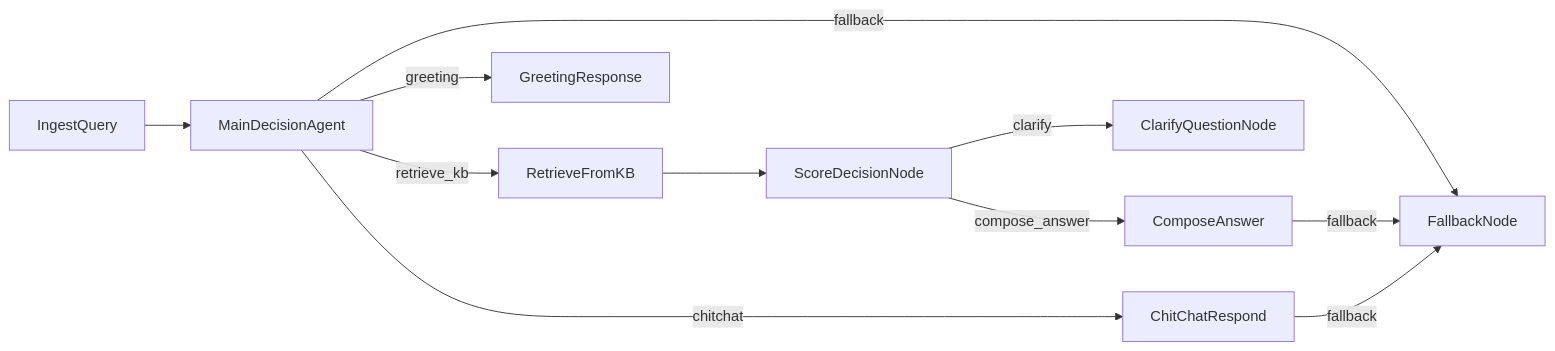
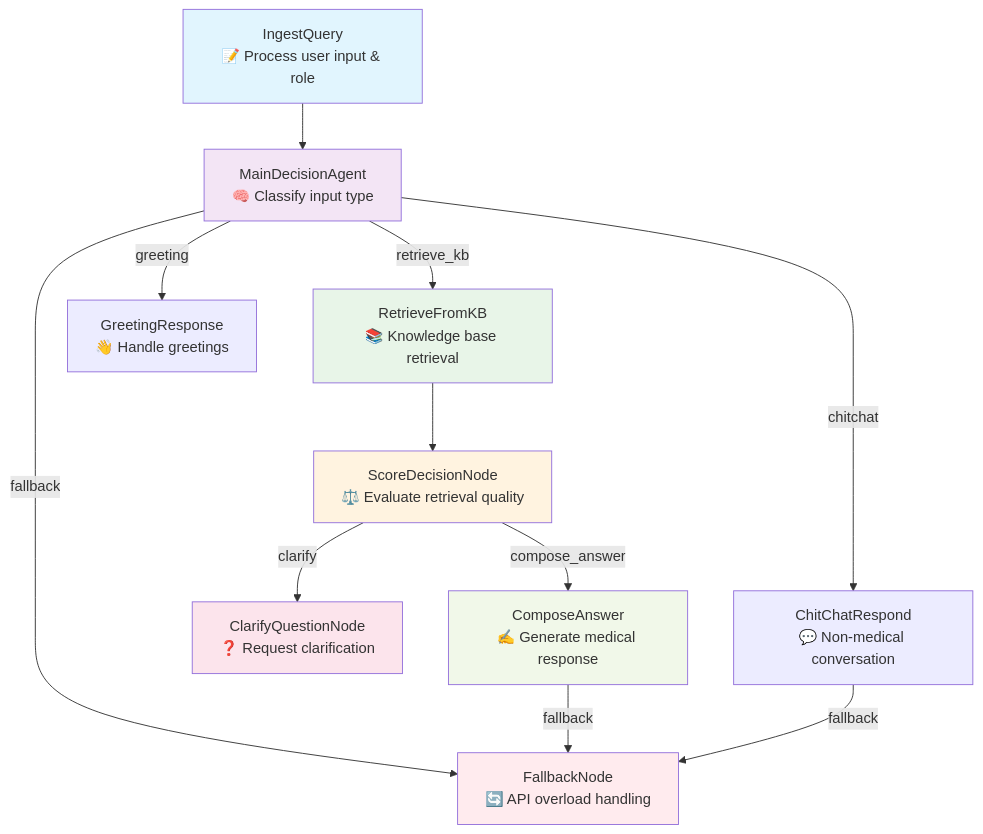
The fourth of 5 diagrams in docs/system-flow.md (NguyenNhat4/chatbot-rhm-api), drawn with Mermaid before and after one commit. The commit also changed other lines of this file and 1 other file, not shown here.

````diff
--- a/docs/system-flow.md
+++ b/docs/system-flow.md
@@ -85,23 +89,31 @@
 ```mermaid
-flowchart LR
-    Ingest[IngestQuery]
-    Main[MainDecisionAgent]
-    Retrieve[RetrieveFromKB]
-    Score[ScoreDecisionNode]
-    Compose[ComposeAnswer]
-    Clarify[ClarifyQuestionNode]
-    Greeting[GreetingResponse]
-    ChitChat[ChitChatRespond]
-    Fallback[FallbackNode]
+flowchart TD
+    Ingest[IngestQuery<br/>📝 Process user input & role]
+    Main[MainDecisionAgent<br/>🧠 Classify input type]
+    Retrieve[RetrieveFromKB<br/>📚 Knowledge base retrieval]
+    Score[ScoreDecisionNode<br/>⚖️ Evaluate retrieval quality]
+    Compose[ComposeAnswer<br/>✍️ Generate medical response]
+    Clarify[ClarifyQuestionNode<br/>❓ Request clarification]
+    Greeting[GreetingResponse<br/>👋 Handle greetings]
+    ChitChat[ChitChatRespond<br/>💬 Non-medical conversation]
+    Fallback[FallbackNode<br/>🔄 API overload handling]
 
     Ingest --> Main
     Main -- "retrieve_kb" --> Retrieve
     Main -- "greeting" --> Greeting
     Main -- "chitchat" --> ChitChat
     Main -- "fallback" --> Fallback
     Retrieve --> Score
     Score -- "compose_answer" --> Compose
     Score -- "clarify" --> Clarify
     Compose -- "fallback" --> Fallback
     ChitChat -- "fallback" --> Fallback
+
+    style Ingest fill:#e1f5fe
+    style Main fill:#f3e5f5
+    style Retrieve fill:#e8f5e8
+    style Score fill:#fff3e0
+    style Compose fill:#f1f8e9
+    style Clarify fill:#fce4ec
+    style Fallback fill:#ffebee
 ```
````
